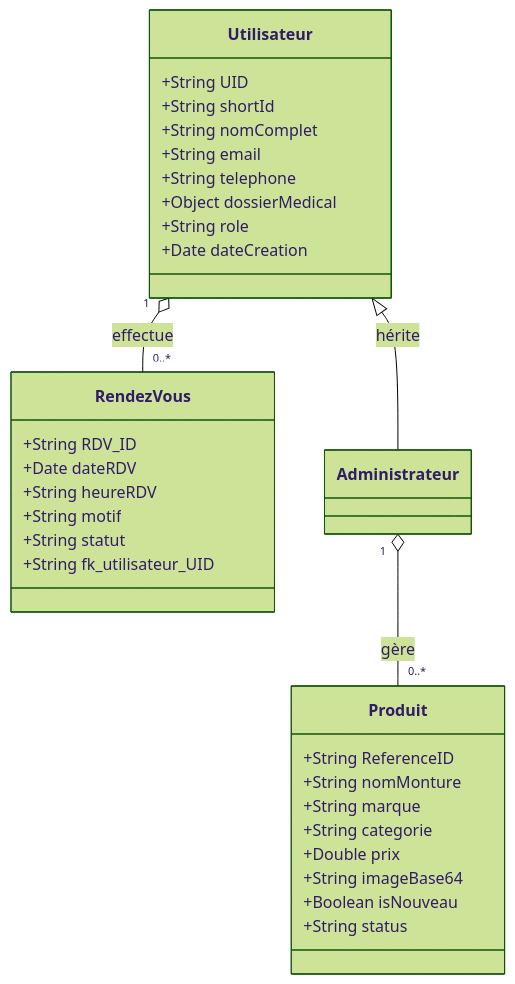
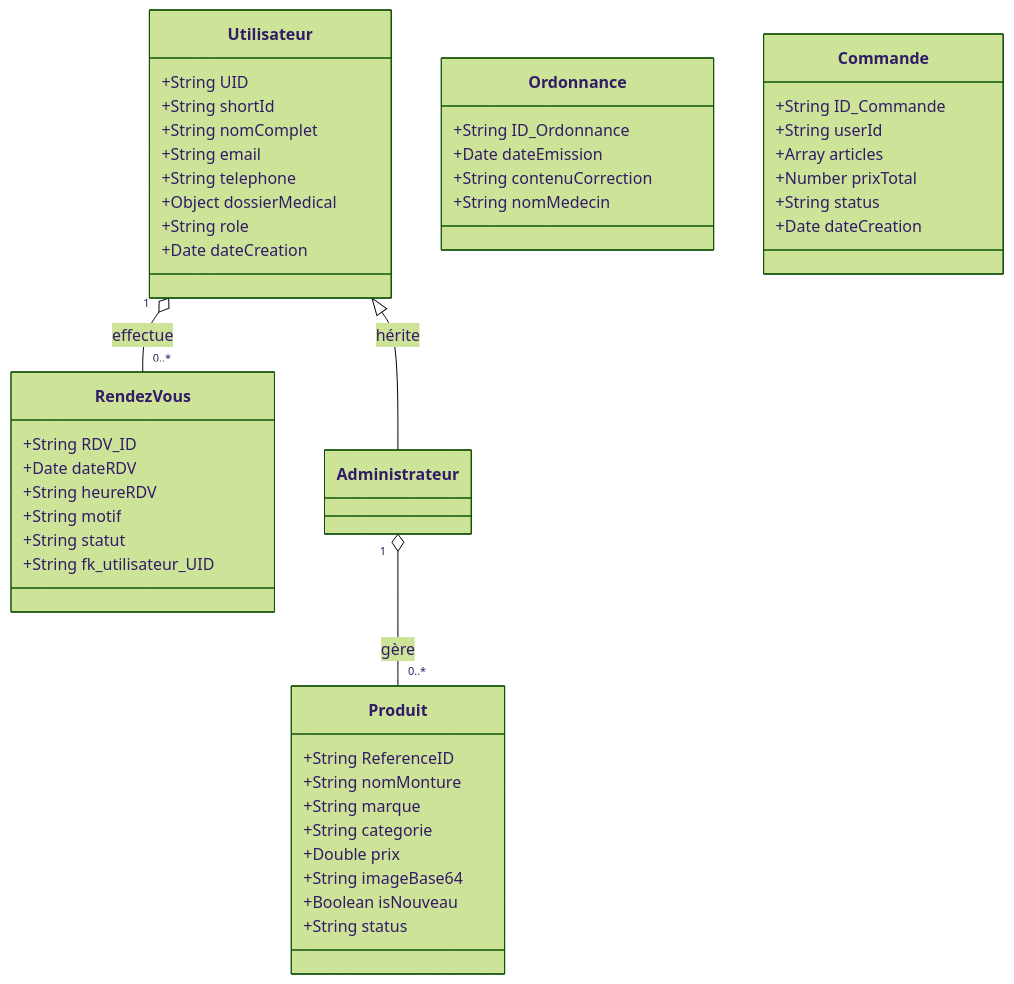
One commit to Midousy92/Barham_Optic changed the third of 6 diagrams in Memoire_Academique_Barham_Optic.md. Above: the diagram before and after it, drawn with Mermaid (forest theme). The commit also changed other lines of this file and 2 other files, not shown here.

Commit message:
docs: mise à jour des diagrammes UML (cas d'utilisation, séquence, classe) pour intégrer la gestion des commandes

````diff
--- a/Memoire_Academique_Barham_Optic.md
+++ b/Memoire_Academique_Barham_Optic.md
@@ -299,37 +305,53 @@
 ```mermaid
 classDiagram
     class Utilisateur {
         +String UID
         +String shortId
         +String nomComplet
         +String email
         +String telephone
         +Object dossierMedical
         +String role
         +Date dateCreation
     }
     
     class Produit {
         +String ReferenceID
         +String nomMonture
         +String marque
         +String categorie
         +Double prix
         +String imageBase64
         +Boolean isNouveau
         +String status
     }
     
+    class Ordonnance {
+        +String ID_Ordonnance
+        +Date dateEmission
+        +String contenuCorrection
+        +String nomMedecin
+    }
+    
+    class Commande {
+        +String ID_Commande
+        +String userId
+        +Array articles
+        +Number prixTotal
+        +String status
+        +Date dateCreation
+    }
+    
     class RendezVous {
         +String RDV_ID
         +Date dateRDV
         +String heureRDV
         +String motif
         +String statut
         +String fk_utilisateur_UID
     }
 
     Utilisateur "1" o--  "0..*" RendezVous : effectue
     Administrateur "1" o-- "0..*" Produit : gère
     Utilisateur <|-- Administrateur : hérite
 ```
````
